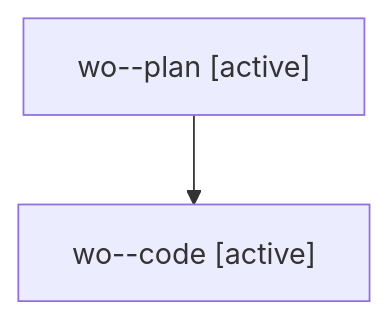
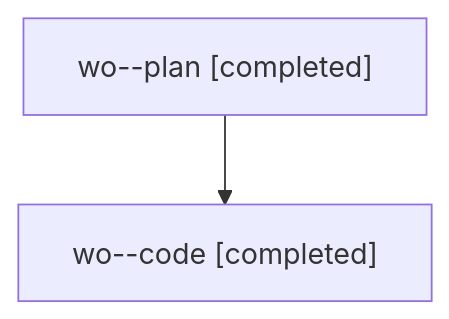
Before and after one commit to sase-org/sase--agents: the diagram in families/bbugyi200.athena.wo.md, drawn with Mermaid. The commit also changed other lines of this file and 1497 other files, not shown here.

````diff
--- a/families/bbugyi200.athena.wo.md
+++ b/families/bbugyi200.athena.wo.md
@@ -9,6 +9,6 @@
 ```mermaid
 flowchart TD
-  n0["wo--plan [active]"]
-  n1["wo--code [active]"]
+  n0["wo--plan [completed]"]
+  n1["wo--code [completed]"]
   n0 --> n1
 ```
````
